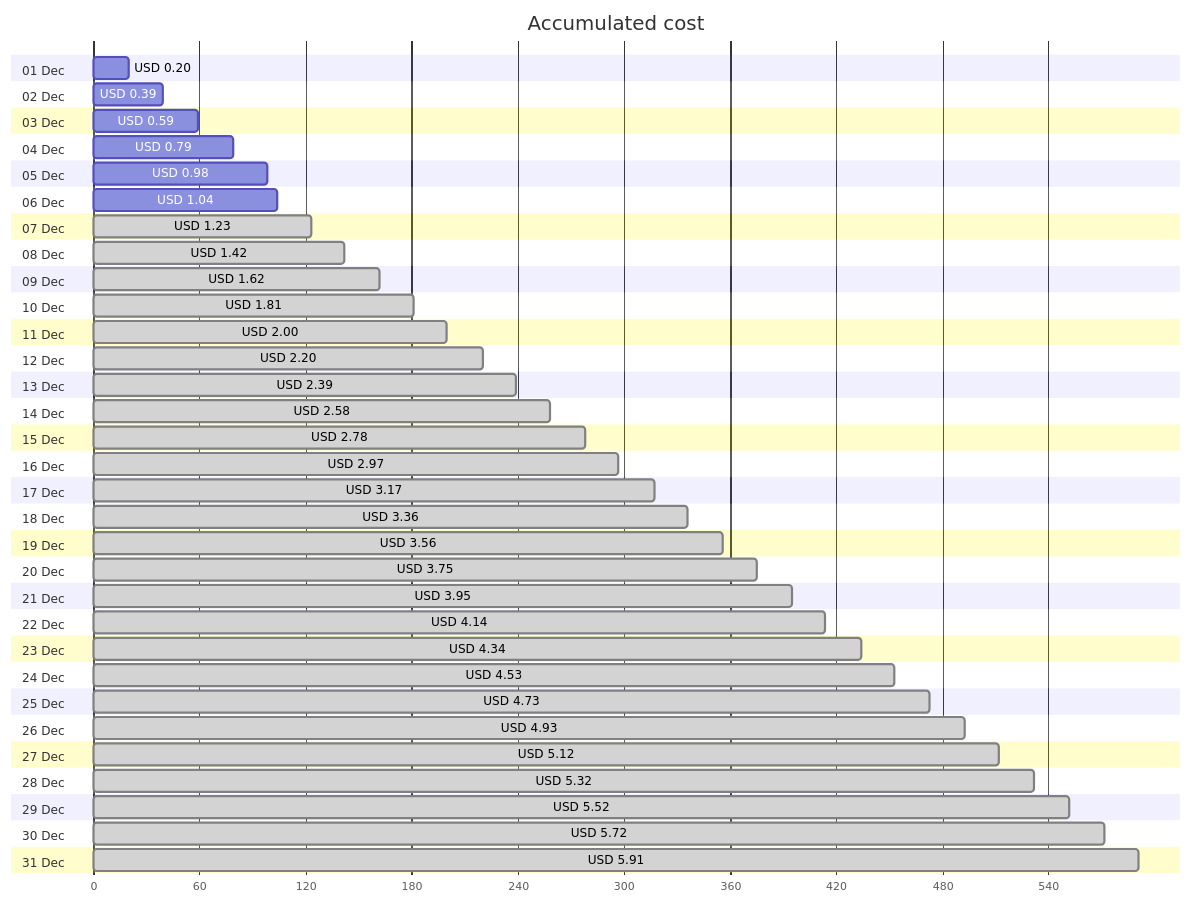
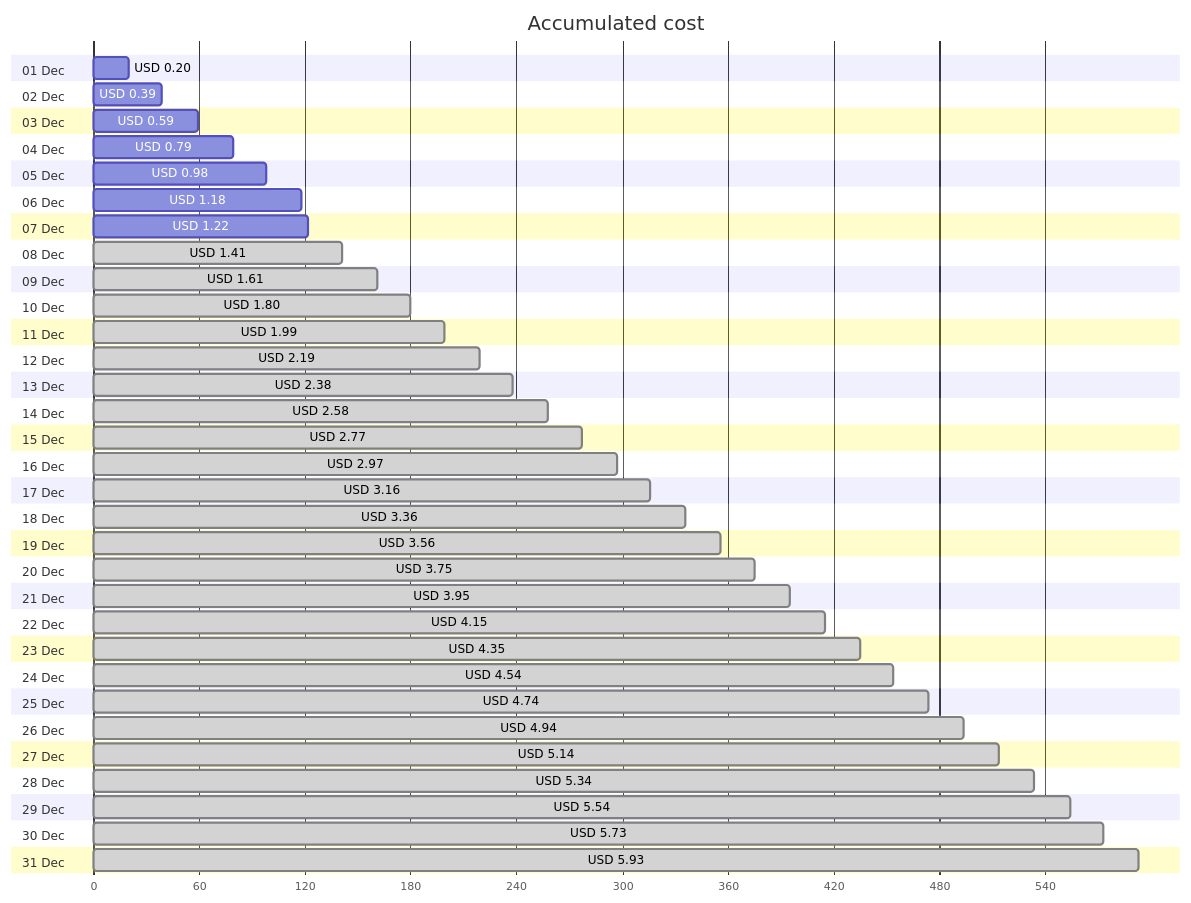
One commit to jpfulton/azure-personal-reports changed the first of 4 diagrams in cost-reports/personal-network/backup-server.md. Above: the diagram before and after it, drawn with Mermaid. The commit also changed other lines of this file and 8 other files, not shown here.

````diff
--- a/cost-reports/personal-network/backup-server.md
+++ b/cost-reports/personal-network/backup-server.md
@@ -20,68 +20,68 @@
 ```mermaid
 gantt
    title Accumulated cost
    dateFormat  X
    axisFormat %s
    section 01 Dec
    USD 0.20 :0, 20
    section 02 Dec
    USD 0.39 :0, 39
    section 03 Dec
    USD 0.59 :0, 59
    section 04 Dec
    USD 0.79 :0, 79
    section 05 Dec
    USD 0.98 :0, 98
    section 06 Dec
-   USD 1.04 :0, 104
+   USD 1.18 :0, 118
    section 07 Dec
-   USD 1.23 : done, 0, 123
+   USD 1.22 :0, 122
    section 08 Dec
-   USD 1.42 : done, 0, 142
+   USD 1.41 : done, 0, 141
    section 09 Dec
-   USD 1.62 : done, 0, 162
+   USD 1.61 : done, 0, 161
    section 10 Dec
-   USD 1.81 : done, 0, 181
+   USD 1.80 : done, 0, 180
    section 11 Dec
-   USD 2.00 : done, 0, 200
+   USD 1.99 : done, 0, 199
    section 12 Dec
-   USD 2.20 : done, 0, 220
+   USD 2.19 : done, 0, 219
    section 13 Dec
-   USD 2.39 : done, 0, 239
+   USD 2.38 : done, 0, 238
    section 14 Dec
    USD 2.58 : done, 0, 258
    section 15 Dec
-   USD 2.78 : done, 0, 278
+   USD 2.77 : done, 0, 277
    section 16 Dec
    USD 2.97 : done, 0, 297
    section 17 Dec
-   USD 3.17 : done, 0, 317
+   USD 3.16 : done, 0, 316
    section 18 Dec
    USD 3.36 : done, 0, 336
    section 19 Dec
    USD 3.56 : done, 0, 356
    section 20 Dec
    USD 3.75 : done, 0, 375
    section 21 Dec
    USD 3.95 : done, 0, 395
    section 22 Dec
-   USD 4.14 : done, 0, 414
+   USD 4.15 : done, 0, 415
    section 23 Dec
-   USD 4.34 : done, 0, 434
+   USD 4.35 : done, 0, 435
    section 24 Dec
-   USD 4.53 : done, 0, 453
+   USD 4.54 : done, 0, 454
    section 25 Dec
-   USD 4.73 : done, 0, 473
+   USD 4.74 : done, 0, 474
    section 26 Dec
-   USD 4.93 : done, 0, 493
+   USD 4.94 : done, 0, 494
    section 27 Dec
-   USD 5.12 : done, 0, 512
+   USD 5.14 : done, 0, 514
    section 28 Dec
-   USD 5.32 : done, 0, 532
+   USD 5.34 : done, 0, 534
    section 29 Dec
-   USD 5.52 : done, 0, 552
+   USD 5.54 : done, 0, 554
    section 30 Dec
-   USD 5.72 : done, 0, 572
+   USD 5.73 : done, 0, 573
    section 31 Dec
-   USD 5.91 : done, 0, 591
+   USD 5.93 : done, 0, 593
 ```
````
